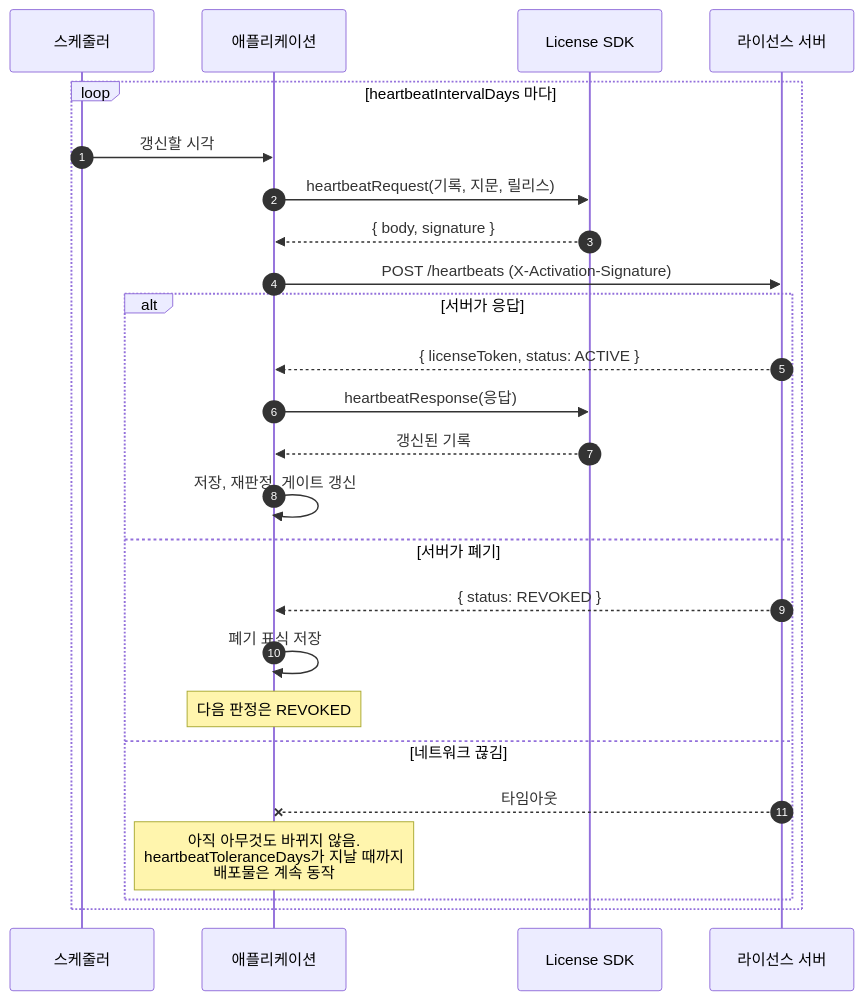
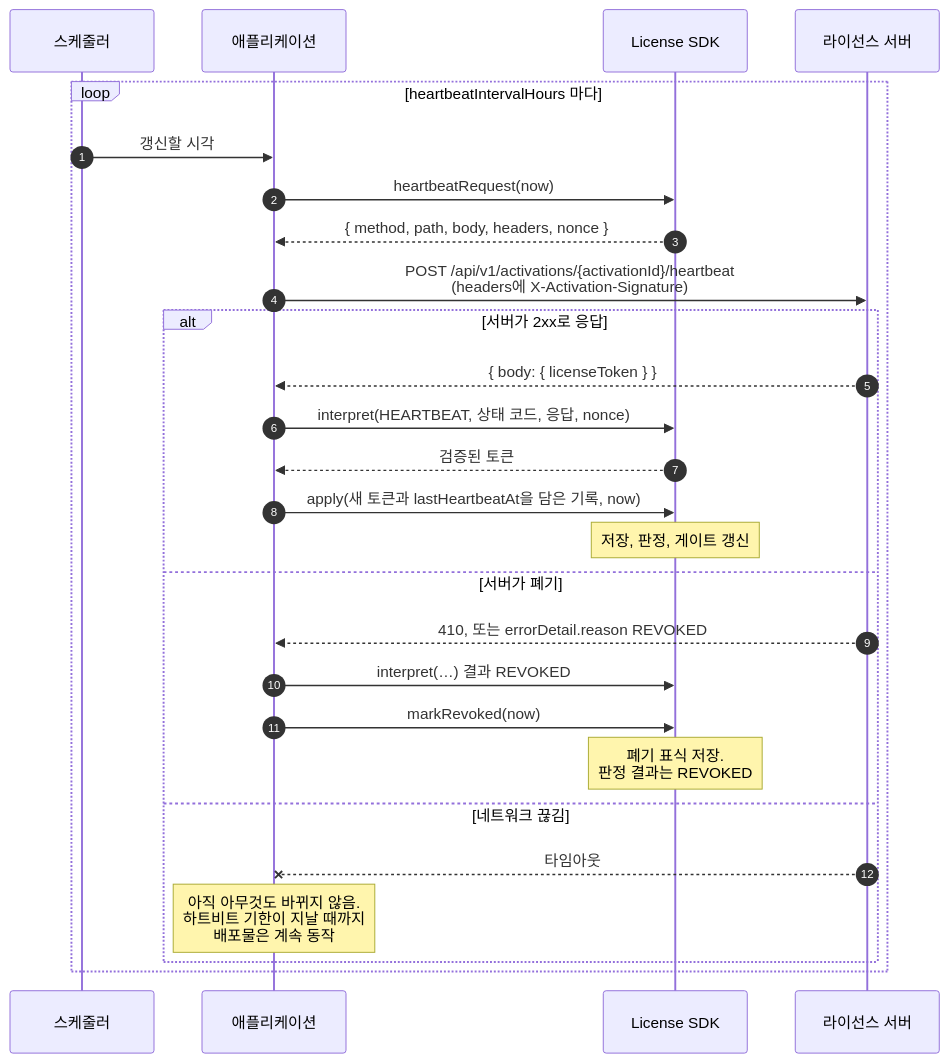
One commit to accesscore-dev/accesscore-license-sdk-dist changed the fourth of 7 diagrams in docs/manual/ko/concepts.md. Above: the diagram before and after it, drawn with Mermaid. The commit also changed other lines of this file and 28 other files, not shown here.

````diff
--- a/docs/manual/ko/concepts.md
+++ b/docs/manual/ko/concepts.md
@@ -180,29 +180,31 @@
 ```mermaid
 sequenceDiagram
     autonumber
     participant Sch as 스케줄러
     participant App as 애플리케이션
     participant SDK as License SDK
     participant Srv as 라이선스 서버
 
-    loop heartbeatIntervalDays 마다
+    loop heartbeatIntervalHours 마다
         Sch->>App: 갱신할 시각
-        App->>SDK: heartbeatRequest(기록, 지문, 릴리스)
-        SDK-->>App: { body, signature }
-        App->>Srv: POST /heartbeats  (X-Activation-Signature)
+        App->>SDK: heartbeatRequest(now)
+        SDK-->>App: { method, path, body, headers, nonce }
+        App->>Srv: POST /api/v1/activations/{activationId}/heartbeat<br/>(headers에 X-Activation-Signature)
 
-        alt 서버가 응답
-            Srv-->>App: { licenseToken, status: ACTIVE }
-            App->>SDK: heartbeatResponse(응답)
-            SDK-->>App: 갱신된 기록
-            App->>App: 저장, 재판정, 게이트 갱신
+        alt 서버가 2xx로 응답
+            Srv-->>App: { body: { licenseToken } }
+            App->>SDK: interpret(HEARTBEAT, 상태 코드, 응답, nonce)
+            SDK-->>App: 검증된 토큰
+            App->>SDK: apply(새 토큰과 lastHeartbeatAt을 담은 기록, now)
+            Note over SDK: 저장, 판정, 게이트 갱신
         else 서버가 폐기
-            Srv-->>App: { status: REVOKED }
-            App->>App: 폐기 표식 저장
-            Note over App: 다음 판정은 REVOKED
+            Srv-->>App: 410, 또는 errorDetail.reason REVOKED
+            App->>SDK: interpret(…) 결과 REVOKED
+            App->>SDK: markRevoked(now)
+            Note over SDK: 폐기 표식 저장.<br/>판정 결과는 REVOKED
         else 네트워크 끊김
             Srv--xApp: 타임아웃
-            Note over App: 아직 아무것도 바뀌지 않음.<br/>heartbeatToleranceDays가 지날 때까지<br/>배포물은 계속 동작
+            Note over App: 아직 아무것도 바뀌지 않음.<br/>하트비트 기한이 지날 때까지<br/>배포물은 계속 동작
         end
     end
 ```
````
